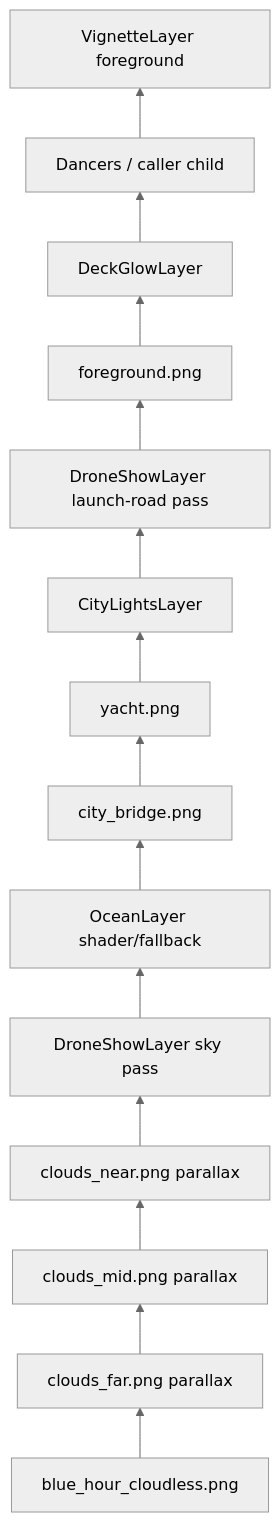
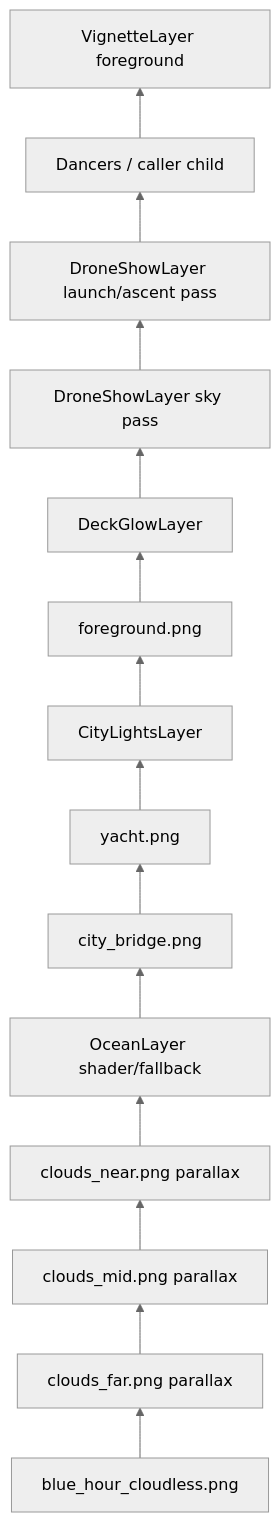
The second of 4 diagrams in lib/features/scenery/README.md (matthiasn/lotti), drawn with Mermaid (neutral theme) before and after one commit. The commit also changed other lines of this file and 4 other files, not shown here.

Commit message:
polish(scenery): add spiral drone ascent

````diff
--- a/lib/features/scenery/README.md
+++ b/lib/features/scenery/README.md
@@ -46,19 +46,19 @@
 ```mermaid
 flowchart BT
   child[Dancers / caller child]
   vignette[VignetteLayer foreground]
   glow[DeckGlowLayer]
   fg[foreground.png]
   lights[CityLightsLayer]
-  launchDrones[DroneShowLayer launch-road pass]
+  launchDrones[DroneShowLayer launch/ascent pass]
+  skyDrones[DroneShowLayer sky pass]
   yacht[yacht.png]
   city[city_bridge.png]
   ocean[OceanLayer shader/fallback]
-  skyDrones[DroneShowLayer sky pass]
   near[clouds_near.png parallax]
   mid[clouds_mid.png parallax]
   far[clouds_far.png parallax]
   base[blue_hour_cloudless.png]
 
-  base --> far --> mid --> near --> skyDrones --> ocean --> city --> yacht --> lights --> launchDrones --> fg --> glow --> child --> vignette
+  base --> far --> mid --> near --> ocean --> city --> yacht --> lights --> fg --> glow --> skyDrones --> launchDrones --> child --> vignette
 ```
````
